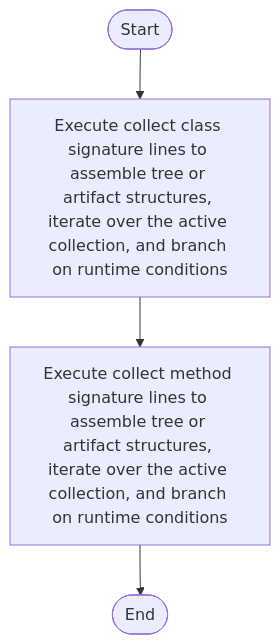
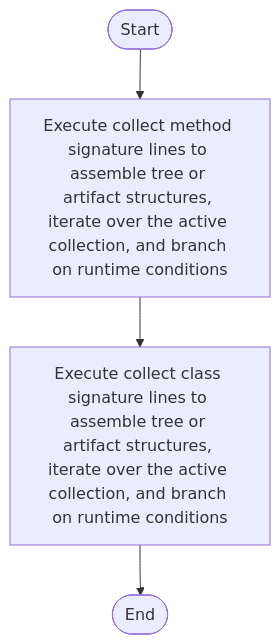
Before and after one commit to JohnAndrewBalbarosa/NeoTerritory: the diagram in docs/Codebase/Microservice/Modules/Source/Creational/Transform/creational_transform_evidence_signatures.cpp.md, drawn with Mermaid. The commit also changed 148 other files, not shown here.

````diff
--- a/docs/Codebase/Microservice/Modules/Source/Creational/Transform/creational_transform_evidence_signatures.cpp.md
+++ b/docs/Codebase/Microservice/Modules/Source/Creational/Transform/creational_transform_evidence_signatures.cpp.md
@@ -24,10 +24,10 @@
 ```mermaid
 flowchart TD
     Start([Start])
-    N0[Execute collect class signature lines to assemble tree or artifact structures, iterate over the active collection, and branch on runtime conditions]
-    N1[Execute collect method signature lines to assemble tree or artifact structures, iterate over the active collection, and branch on runtime conditions]
+    N0[Execute collect method signature lines to assemble tree or artifact structures, iterate over the active collection, and branch on runtime conditions]
+    N1[Execute collect class signature lines to assemble tree or artifact structures, iterate over the active collection, and branch on runtime conditions]
     End([End])
     Start --> N0
     N0 --> N1
     N1 --> End
 ```
````
